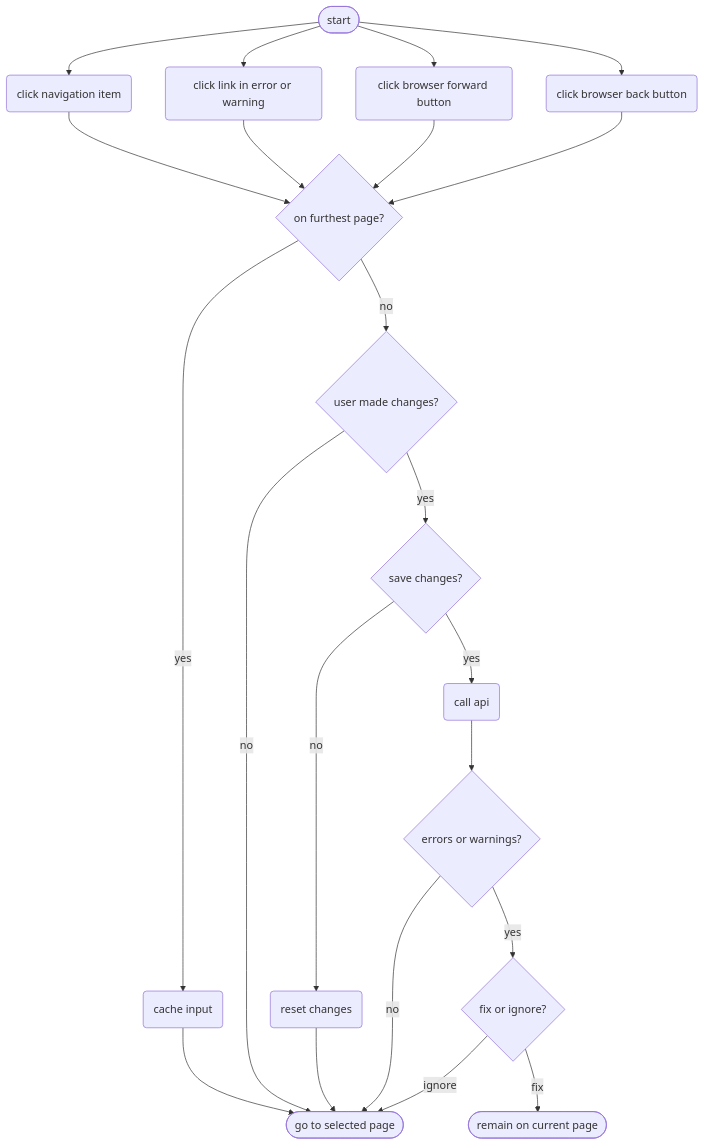
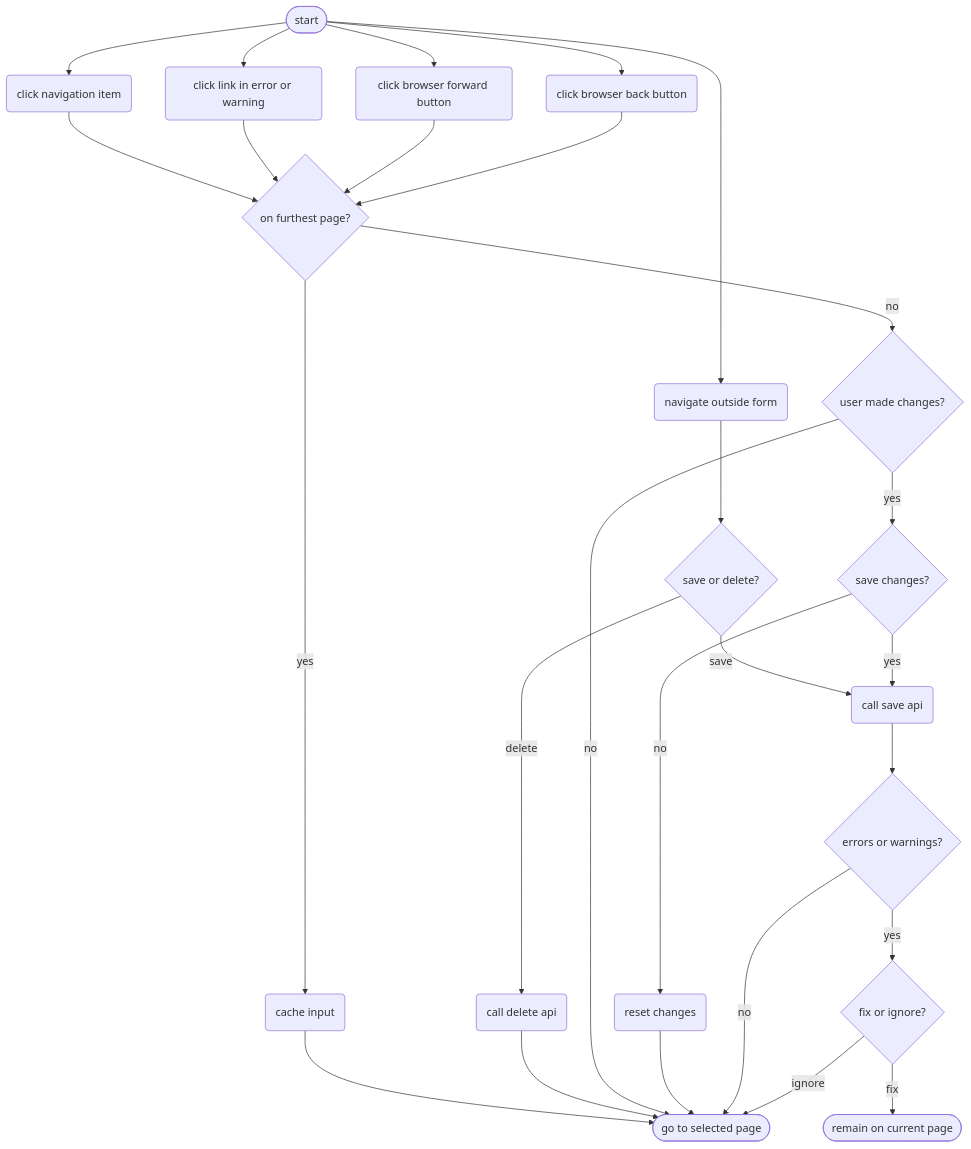
Before and after one commit to kiesraad/abacus: the fourth of 4 diagrams in documentatie/flowcharts/data-entry-forms.md, drawn with Mermaid.

Commit message:
Navigation: add navigation outside form

````diff
--- a/documentatie/flowcharts/data-entry-forms.md
+++ b/documentatie/flowcharts/data-entry-forms.md
@@ -169,46 +169,55 @@
 ```mermaid
 flowchart TD
     %% start and end
     flow-start([start])
 
     go-to-page([go to selected page])
     remain-on-page([remain on current page])
 
     %% steps
     nav-item(click navigation item)
     browser-back("click browser back button")
     link-in-error-or-warning("click link in error or warning")
     browser-forward("click browser forward button")
+    navigate-outside-form("navigate outside form")
     on-furthest-page{on furthest page?}
     user-made-changes{user made changes?}
     save-changes{save changes?}
-    call-api(call api)
+    call-save-api(call save api)
+    call-delete-api(call delete api)
     cache-input(cache input)
     reset-changes(reset changes)
     errors-or-warnings{errors or warnings?}
     modal-fix-or-ignore{fix or ignore?}
+    save-or-delete{"save or delete?"}
 
     %% flow
+    flow-start --> navigate-outside-form
     flow-start --> nav-item
     flow-start --> browser-back
     flow-start --> browser-forward
     flow-start --> link-in-error-or-warning
     nav-item --> on-furthest-page
     link-in-error-or-warning --> on-furthest-page
     browser-forward --> on-furthest-page
     browser-back --> on-furthest-page
     on-furthest-page -- yes --> cache-input
     cache-input --> go-to-page
+    
+    navigate-outside-form --> save-or-delete
+    save-or-delete -- save --> call-save-api
+    save-or-delete -- delete --> call-delete-api
+    call-delete-api --> go-to-page
 
     on-furthest-page -- no --> user-made-changes
     user-made-changes -- no --> go-to-page
     user-made-changes -- yes --> save-changes
     save-changes -- no --> reset-changes
     reset-changes --> go-to-page
-    save-changes -- yes --> call-api
-    call-api --> errors-or-warnings
+    save-changes -- yes --> call-save-api
+    call-save-api --> errors-or-warnings
     errors-or-warnings -- no --> go-to-page
     errors-or-warnings -- yes --> modal-fix-or-ignore
     modal-fix-or-ignore -- fix --> remain-on-page
     modal-fix-or-ignore -- ignore --> go-to-page
 ```
````
